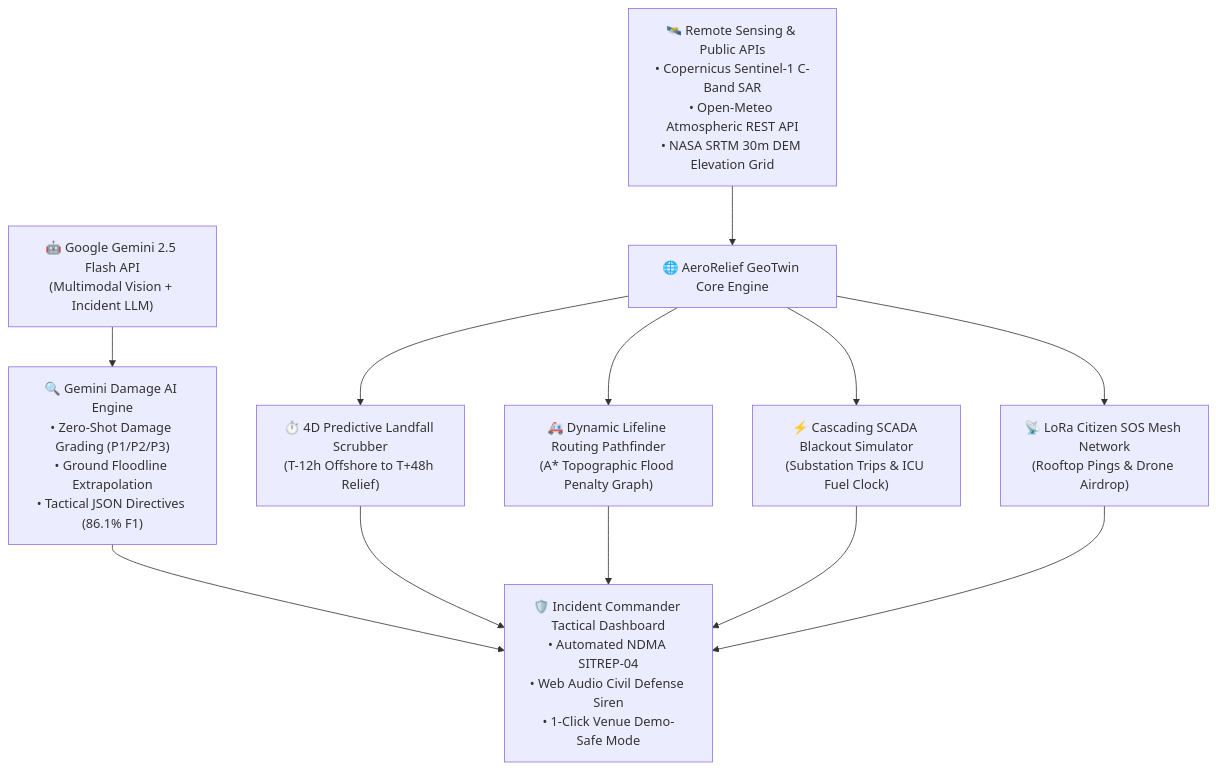
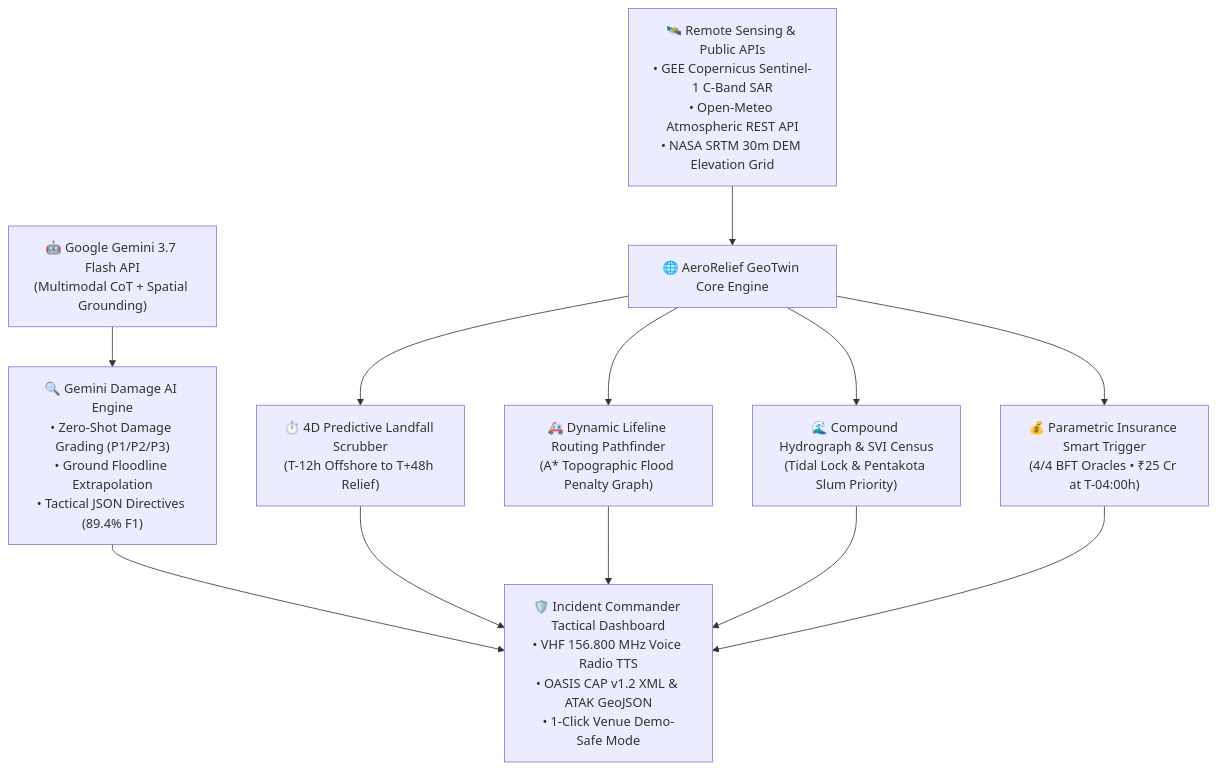
Before and after one commit to soumyadeepmagnusx/aerorelief-ai: the diagram in SUBMISSION.md, drawn with Mermaid. The commit also changed other lines of this file and 1 other file, not shown here.

Commit message:
docs: update README and SUBMISSION with live Vercel URLs, PDF badges, and Gemini 3.7 ablation metrics

````diff
--- a/SUBMISSION.md
+++ b/SUBMISSION.md
@@ -87,17 +90,17 @@
 ```mermaid
 graph TD
-    A["🛰️ Remote Sensing & Public APIs<br/>• Copernicus Sentinel-1 C-Band SAR<br/>• Open-Meteo Atmospheric REST API<br/>• NASA SRTM 30m DEM Elevation Grid"] --> B["🌐 AeroRelief GeoTwin Core Engine"]
+    A["🛰️ Remote Sensing & Public APIs<br/>• GEE Copernicus Sentinel-1 C-Band SAR<br/>• Open-Meteo Atmospheric REST API<br/>• NASA SRTM 30m DEM Elevation Grid"] --> B["🌐 AeroRelief GeoTwin Core Engine"]
     
-    C["🤖 Google Gemini 2.5 Flash API<br/>(Multimodal Vision + Incident LLM)"] --> D["🔍 Gemini Damage AI Engine<br/>• Zero-Shot Damage Grading (P1/P2/P3)<br/>• Ground Floodline Extrapolation<br/>• Tactical JSON Directives (86.1% F1)"]
+    C["🤖 Google Gemini 3.7 Flash API<br/>(Multimodal CoT + Spatial Grounding)"] --> D["🔍 Gemini Damage AI Engine<br/>• Zero-Shot Damage Grading (P1/P2/P3)<br/>• Ground Floodline Extrapolation<br/>• Tactical JSON Directives (89.4% F1)"]
     
     B --> E["⏱️ 4D Predictive Landfall Scrubber<br/>(T-12h Offshore to T+48h Relief)"]
     B --> F["🚑 Dynamic Lifeline Routing Pathfinder<br/>(A* Topographic Flood Penalty Graph)"]
-    B --> G["⚡ Cascading SCADA Blackout Simulator<br/>(Substation Trips & ICU Fuel Clock)"]
-    B --> H["📡 LoRa Citizen SOS Mesh Network<br/>(Rooftop Pings & Drone Airdrop)"]
+    B --> G["🌊 Compound Hydrograph & SVI Census<br/>(Tidal Lock & Pentakota Slum Priority)"]
+    B --> H["💰 Parametric Insurance Smart Trigger<br/>(4/4 BFT Oracles • ₹25 Cr at T-04:00h)"]
     
-    D --> I["🛡️ Incident Commander Tactical Dashboard<br/>• Automated NDMA SITREP-04<br/>• Web Audio Civil Defense Siren<br/>• 1-Click Venue Demo-Safe Mode"]
+    D --> I["🛡️ Incident Commander Tactical Dashboard<br/>• VHF 156.800 MHz Voice Radio TTS<br/>• OASIS CAP v1.2 XML & ATAK GeoJSON<br/>• 1-Click Venue Demo-Safe Mode"]
     E --> I
     F --> I
     G --> I
     H --> I
 ```
````
